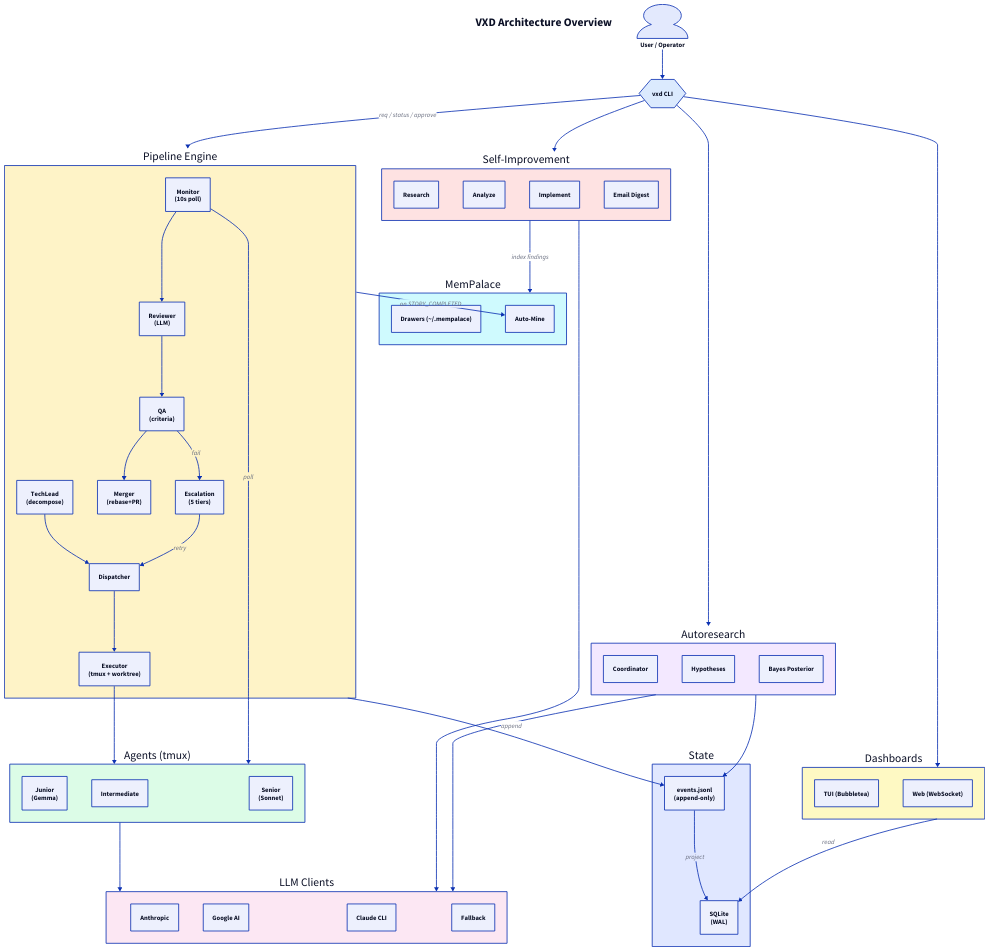
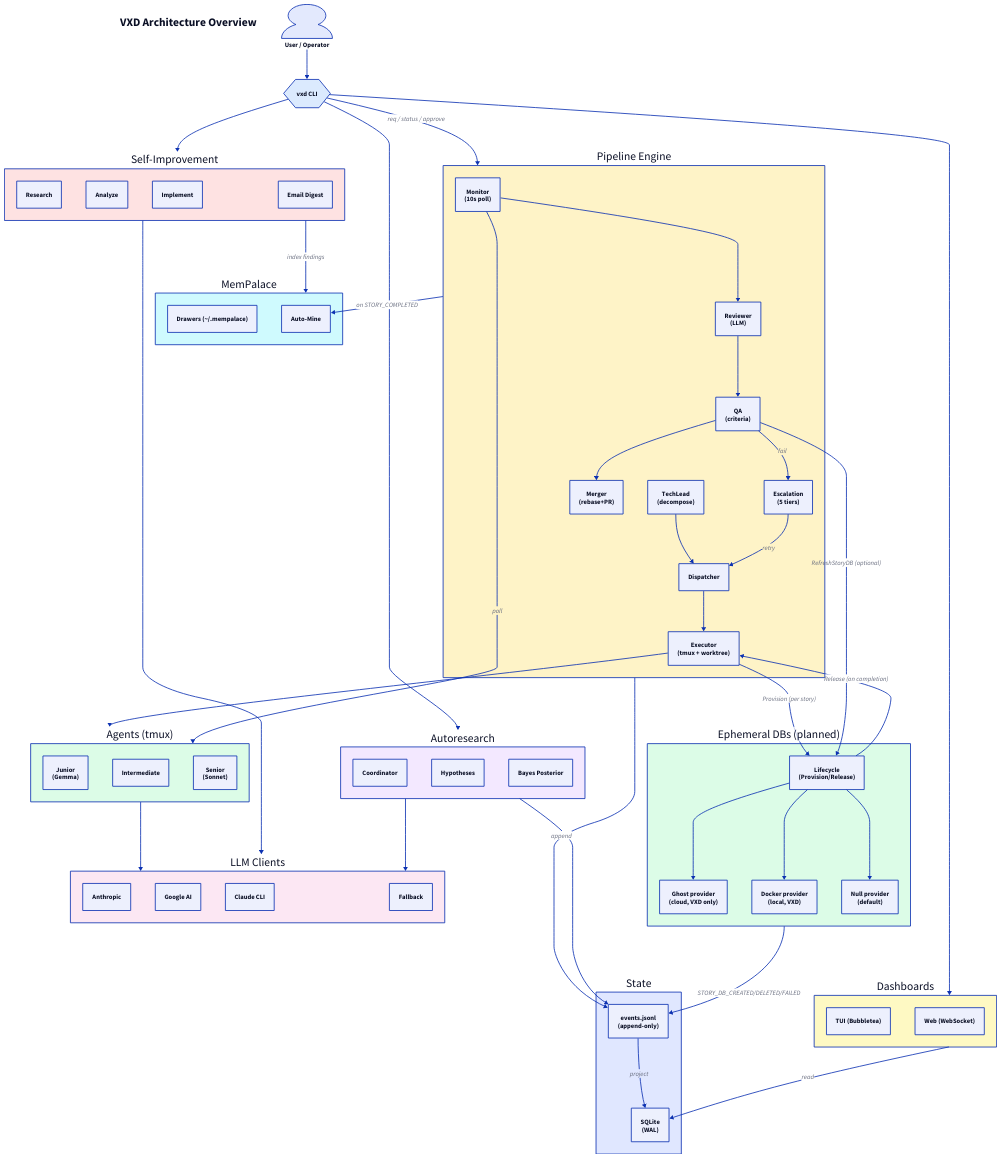
The diagram in docs/diagrams/arch-overview.d2 (tzone85/vortex-dispatch), drawn with D2 before and after one commit. The commit also changed 3 other files, not shown here.

First line of the commit message:
docs(devdb): ephemeral DB design specs (ghost.build-inspired)

```diff
--- a/docs/diagrams/arch-overview.d2
+++ b/docs/diagrams/arch-overview.d2
@@ -1,107 +1,123 @@
 direction: down
 
 title: VXD Architecture Overview {
   shape: text
   style.font-size: 28
   style.bold: true
 }
 
 user: User / Operator {
   shape: person
 }
 
 cli: vxd CLI {
   shape: hexagon
   style.fill: "#dbeafe"
 }
 
 engine: Pipeline Engine {
   style.fill: "#fef3c7"
   techlead: TechLead\n(decompose)
   dispatcher: Dispatcher
   executor: Executor\n(tmux + worktree)
   monitor: Monitor\n(10s poll)
   reviewer: Reviewer\n(LLM)
   qa: QA\n(criteria)
   merger: Merger\n(rebase+PR)
   escalation: Escalation\n(5 tiers)
 }
 
 state: State {
   style.fill: "#e0e7ff"
   events: events.jsonl\n(append-only)
   sqlite: SQLite\n(WAL)
 }
 
 llm: LLM Clients {
   style.fill: "#fce7f3"
   anthropic: Anthropic
   google: Google AI
   cli_client: Claude CLI
   fallback: Fallback
 }
 
 agents: Agents (tmux) {
   style.fill: "#dcfce7"
   junior: Junior\n(Gemma)
   intermediate: Intermediate
   senior: Senior\n(Sonnet)
 }
 
 improve: Self-Improvement {
   style.fill: "#fee2e2"
   research: Research
   analyze: Analyze
   implement: Implement
   email: Email Digest
 }
 
 autoresearch: Autoresearch {
   style.fill: "#f3e8ff"
   coordinator: Coordinator
   hypotheses: Hypotheses
   bayes: Bayes Posterior
 }
 
 memory: MemPalace {
   style.fill: "#cffafe"
   drawers: Drawers (~/.mempalace)
   automine: Auto-Mine
 }
 
 dash: Dashboards {
   style.fill: "#fef9c3"
   tui: TUI (Bubbletea)
   web: Web (WebSocket)
 }
 
+devdb: Ephemeral DBs (planned) {
+  style.fill: "#dcfce7"
+  lifecycle: Lifecycle\n(Provision/Release)
+  ghost: Ghost provider\n(cloud, VXD only)
+  docker: Docker provider\n(local, VXD)
+  null: Null provider\n(default)
+}
+
 user -> cli
 cli -> engine: req / status / approve
 cli -> dash
 cli -> improve
 cli -> autoresearch
 
 engine.techlead -> engine.dispatcher
 engine.dispatcher -> engine.executor
 engine.executor -> agents
 engine.monitor -> agents: poll
 engine.monitor -> engine.reviewer
 engine.reviewer -> engine.qa
 engine.qa -> engine.merger
 engine.qa -> engine.escalation: fail
 engine.escalation -> engine.dispatcher: retry
 
 engine -> state.events: append
 state.events -> state.sqlite: project
 
 agents -> llm
 
 improve -> llm
 improve -> memory: index findings
 
 autoresearch -> llm
 autoresearch -> state.events
 
 memory.automine <- engine: on STORY_COMPLETED
 
 dash -> state.sqlite: read
+
+engine.executor -> devdb.lifecycle: Provision (per story)
+engine.qa -> devdb.lifecycle: RefreshStoryDB (optional)
+engine.executor <- devdb.lifecycle: Release (on completion)
+devdb.lifecycle -> devdb.ghost
+devdb.lifecycle -> devdb.docker
+devdb.lifecycle -> devdb.null
+devdb -> state.events: STORY_DB_CREATED/DELETED/FAILED
```
